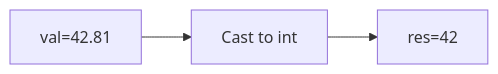
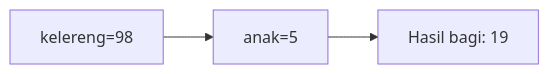
Diagram 12 of 25 in part-c-pemahaman-cpp/01-tipe-data/latihan/set-06.md (amnahwaida/OSNK_INF_PREP), drawn with Mermaid before and after one commit. The commit also changed other lines of this file and 71 other files, not shown here.

````diff
--- a/part-c-pemahaman-cpp/01-tipe-data/latihan/set-06.md
+++ b/part-c-pemahaman-cpp/01-tipe-data/latihan/set-06.md
@@ -295,5 +337,5 @@
 ```mermaid
 graph LR
-A["val=42.81"] --> B["Cast to int"]
-B --> C["res=42"]
+A["kelereng=98"] --> B["anak=5"]
+B --> C["Hasil bagi: 19"]
 ```
````
